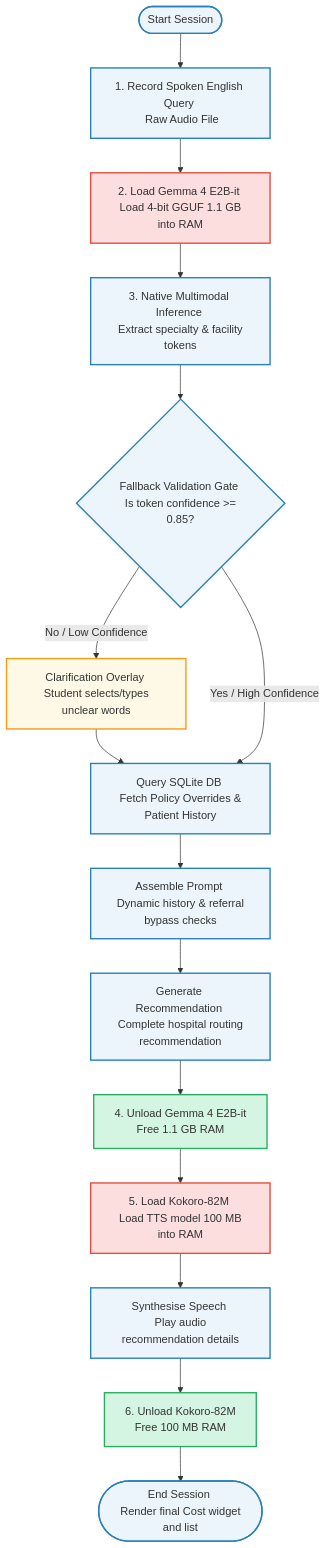
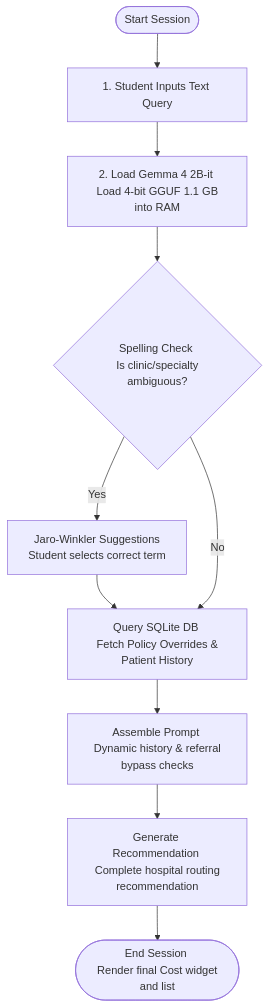
The fifth of 11 diagrams in proposal.md (tuyishimejeandamour/capstone), drawn with Mermaid before and after one commit. The commit also changed other lines of this file and 52 other files, not shown here.

Commit message:
Update project dependencies, enhance database schema for hospitals, and improve location-based hospital recommendations in the app.

````diff
--- a/proposal.md
+++ b/proposal.md
@@ -536,27 +523,12 @@
 ```mermaid
 flowchart TD
-    Start([Start Session]) --> Audio[1. Record Spoken English Query <br> Raw Audio File]
-    Audio --> LoadGemma[2. Load Gemma 4 E2B-it <br> Load 4-bit GGUF 1.1 GB into RAM]
-    LoadGemma --> NativeAudio[3. Native Multimodal Inference <br> Extract specialty & facility tokens]
-    NativeAudio --> Gate{Fallback Validation Gate <br> Is token confidence >= 0.85?}
-    Gate -->|No / Low Confidence| Clarify[Clarification Overlay <br> Student selects/types unclear words]
+    Start([Start Session]) --> Text[1. Student Inputs Text Query]
+    Text --> LoadGemma[2. Load Gemma 4 2B-it <br> Load 4-bit GGUF 1.1 GB into RAM]
+    LoadGemma --> Gate{Spelling Check <br> Is clinic/specialty ambiguous?}
+    Gate -->|Yes| Clarify[Jaro-Winkler Suggestions <br> Student selects correct term]
     Clarify --> DBQuery
-    Gate -->|Yes / High Confidence| DBQuery[Query SQLite DB <br> Fetch Policy Overrides & Patient History]
+    Gate -->|No| DBQuery[Query SQLite DB <br> Fetch Policy Overrides & Patient History]
     DBQuery --> Prompt[Assemble Prompt <br> Dynamic history & referral bypass checks]
     Prompt --> Infer[Generate Recommendation <br> Complete hospital routing recommendation]
-    Infer --> UnloadGemma[4. Unload Gemma 4 E2B-it <br> Free 1.1 GB RAM]
-    UnloadGemma --> LoadKokoro[5. Load Kokoro-82M <br> Load TTS model 100 MB into RAM]
-    LoadKokoro --> TTS[Synthesise Speech <br> Play audio recommendation details]
-    TTS --> UnloadKokoro[6. Unload Kokoro-82M <br> Free 100 MB RAM]
-    UnloadKokoro --> End([End Session <br> Render final Cost widget and list])
-
-    classDef memLoad fill:#fcdede,stroke:#e74c3c,stroke-width:2px;
-    classDef memFree fill:#d5f5e3,stroke:#27ae60,stroke-width:2px;
-    classDef normal fill:#ebf5fb,stroke:#2980b9,stroke-width:2px;
-    classDef action fill:#fef9e7,stroke:#f39c12,stroke-width:2px;
-    
-    class LoadGemma,LoadKokoro memLoad;
-    class UnloadGemma,UnloadKokoro memFree;
-    class Start,Audio,NativeAudio,Gate,DBQuery,Prompt,Infer,TTS,End normal;
-    class Clarify action;
+    Infer --> End([End Session <br> Render final Cost widget and list])
 ```
````
